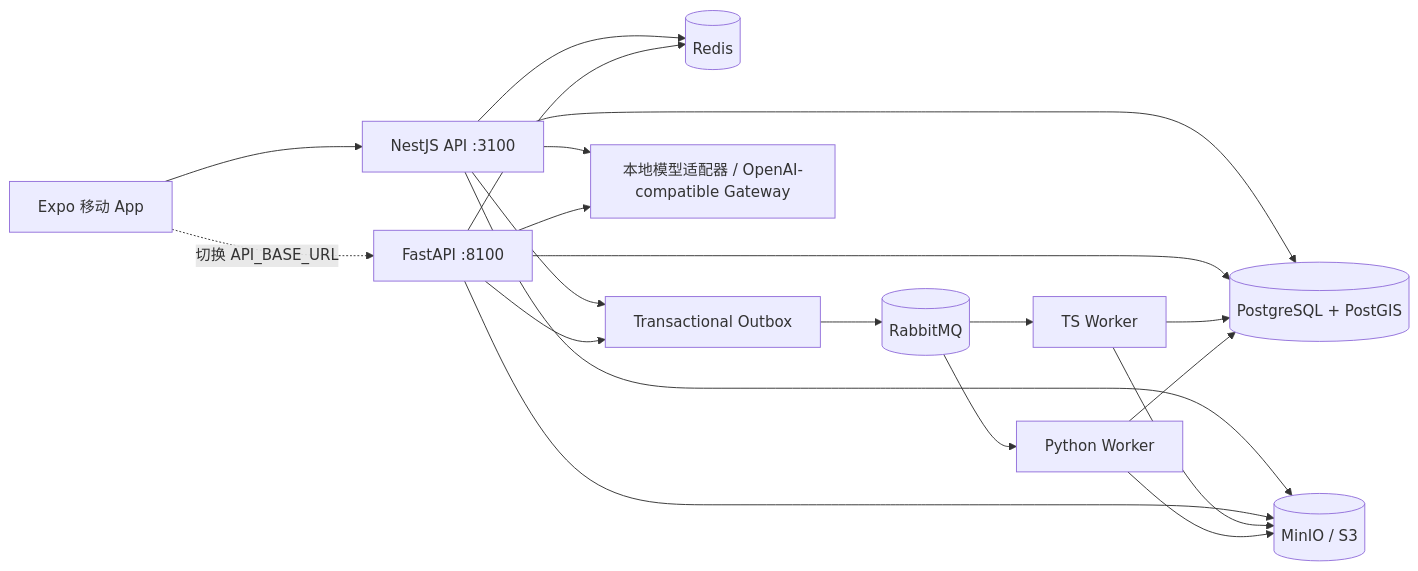
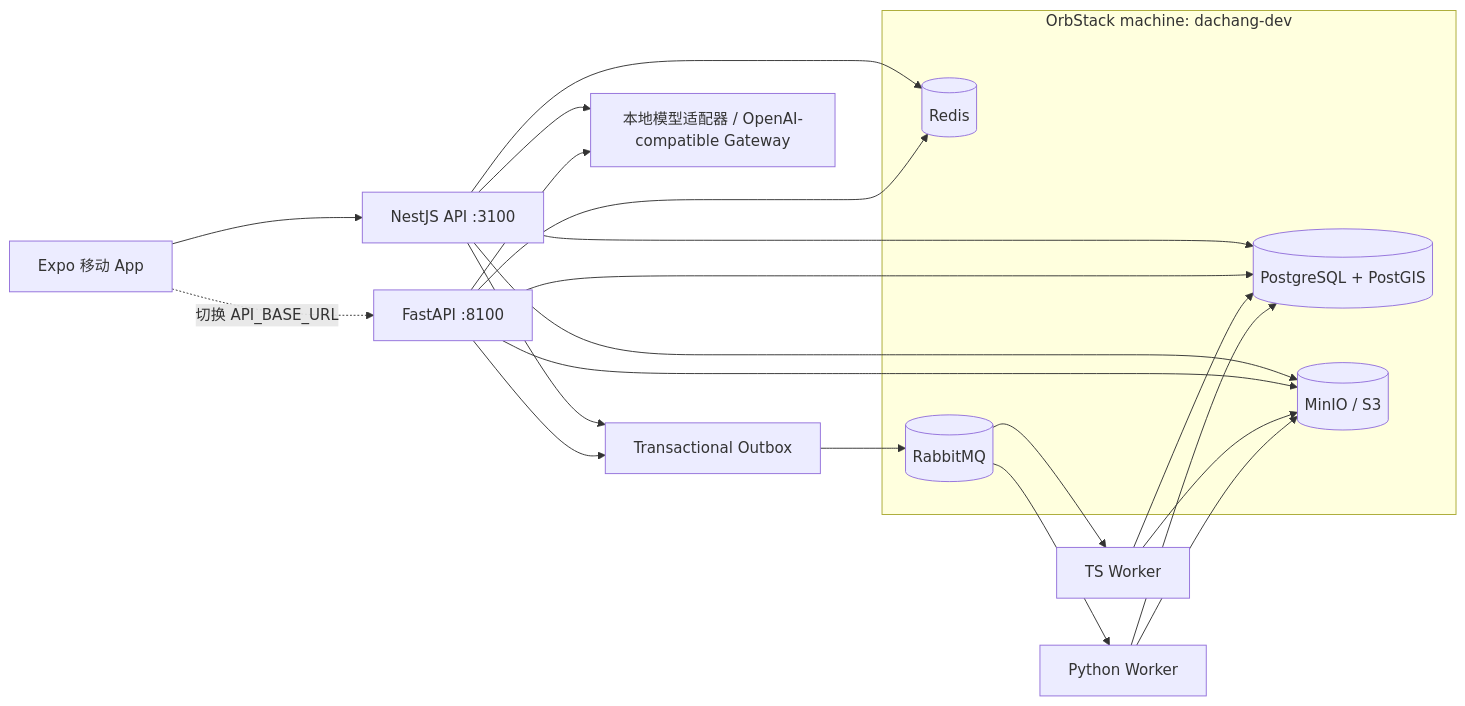
The diagram in docs/LOCAL-RUNTIME.md (benroo123/DAZZZZZZZZZ), drawn with Mermaid before and after one commit. The commit also changed other lines of this file and 18 other files, not shown here.

Commit message:
refactor: replace Docker with OrbStack services

````diff
--- a/docs/LOCAL-RUNTIME.md
+++ b/docs/LOCAL-RUNTIME.md
@@ -5,22 +5,28 @@
 ```mermaid
 flowchart LR
   App["Expo 移动 App"] --> API["NestJS API :3100"]
   App -. "切换 API_BASE_URL" .-> PyAPI["FastAPI :8100"]
-  API --> PG[("PostgreSQL + PostGIS")]
+  subgraph OrbStack["OrbStack machine: dachang-dev"]
+    PG[("PostgreSQL + PostGIS")]
+    Redis[(Redis)]
+    S3[("MinIO / S3")]
+    MQ[(RabbitMQ)]
+  end
+  API --> PG
   PyAPI --> PG
-  API --> Redis[(Redis)]
+  API --> Redis
   PyAPI --> Redis
-  API --> S3[("MinIO / S3")]
+  API --> S3
   PyAPI --> S3
   API --> Outbox["Transactional Outbox"]
   PyAPI --> Outbox
-  Outbox --> MQ[(RabbitMQ)]
+  Outbox --> MQ
   MQ --> TSWorker["TS Worker"]
   MQ --> PyWorker["Python Worker"]
   TSWorker --> S3
   PyWorker --> S3
   TSWorker --> PG
   PyWorker --> PG
   API --> Model["本地模型适配器 / OpenAI-compatible Gateway"]
   PyAPI --> Model
 ```
````
